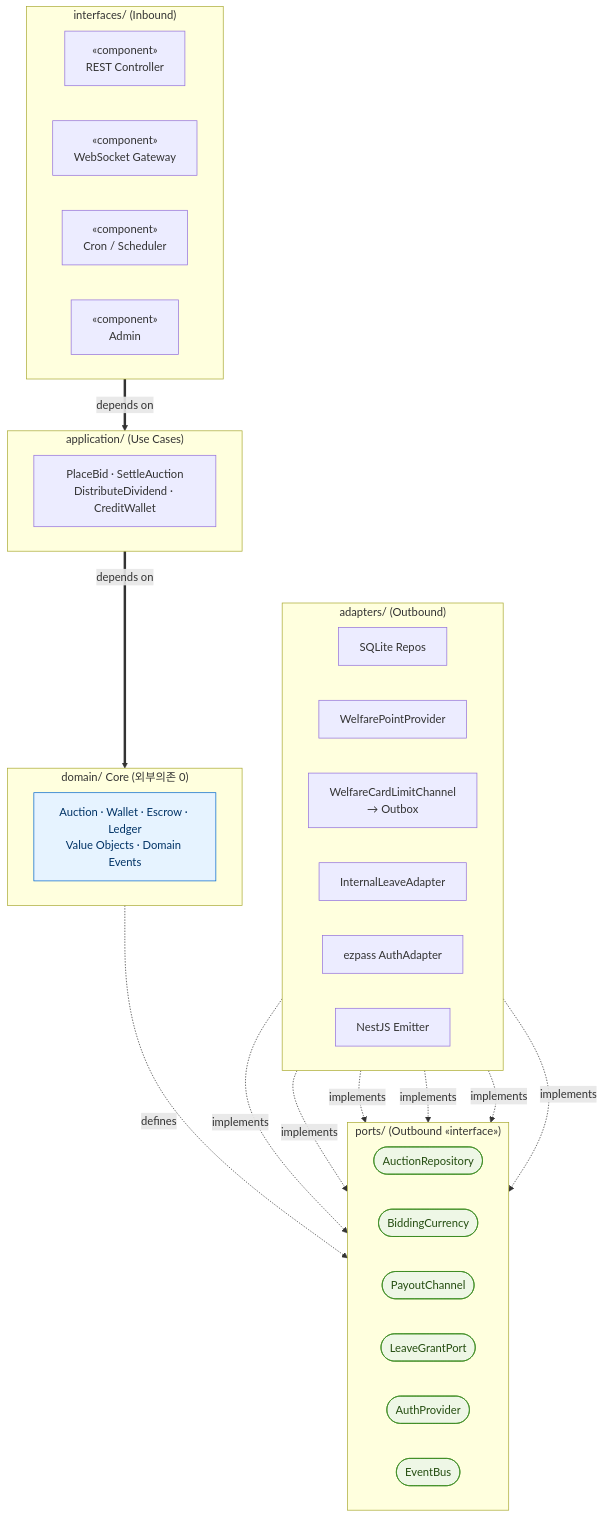
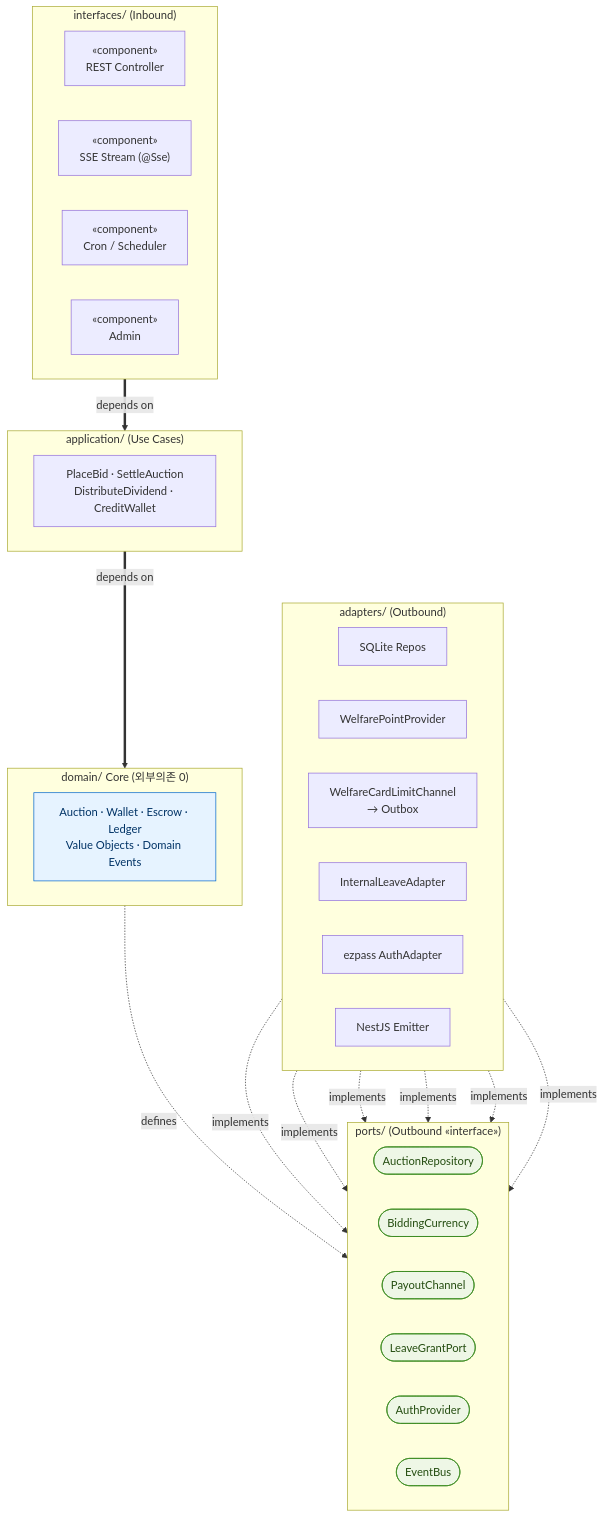
Before and after one commit to R-and-J/TimesoftCone: the first of 2 diagrams in docs/03_design/uml/06-component-hexagonal.md, drawn with Mermaid. The commit also changed 18 other files, not shown here.

````diff
--- a/docs/03_design/uml/06-component-hexagonal.md
+++ b/docs/03_design/uml/06-component-hexagonal.md
@@ -23,54 +23,54 @@
 ```mermaid
 flowchart TB
     subgraph IN["interfaces/ (Inbound)"]
       direction LR
       REST["«component»<br/>REST Controller"]
-      WS["«component»<br/>WebSocket Gateway"]
+      WS["«component»<br/>SSE Stream (@Sse)"]
       CRON["«component»<br/>Cron / Scheduler"]
       ADM["«component»<br/>Admin"]
     end
 
     subgraph APP["application/ (Use Cases)"]
       UC["PlaceBid · SettleAuction<br/>DistributeDividend · CreditWallet"]
     end
 
     subgraph DOM["domain/ Core (외부의존 0)"]
       D["Auction · Wallet · Escrow · Ledger<br/>Value Objects · Domain Events"]
     end
 
     subgraph PORTS["ports/ (Outbound «interface»)"]
       direction LR
       P1(["AuctionRepository"])
       P2(["BiddingCurrency"])
       P3(["PayoutChannel"])
       P4(["LeaveGrantPort"])
       P5(["AuthProvider"])
       P6(["EventBus"])
     end
 
     subgraph ADAPT["adapters/ (Outbound)"]
       direction LR
       A1["SQLite Repos"]
       A2["WelfarePointProvider"]
       A3["WelfareCardLimitChannel<br/>→ Outbox"]
       A4["InternalLeaveAdapter"]
       A5["ezpass AuthAdapter"]
       A6["NestJS Emitter"]
     end
 
     IN ==>|depends on| APP
     APP ==>|depends on| DOM
     DOM -. defines .-> PORTS
 
     A1 -. implements .-> P1
     A2 -. implements .-> P2
     A3 -. implements .-> P3
     A4 -. implements .-> P4
     A5 -. implements .-> P5
     A6 -. implements .-> P6
 
     classDef core fill:#e6f3ff,stroke:#0066cc,color:#003366
     classDef port fill:#eef7e6,stroke:#3a8a1f,color:#244d10
     class D core
     class P1,P2,P3,P4,P5,P6 port
 ```
````
